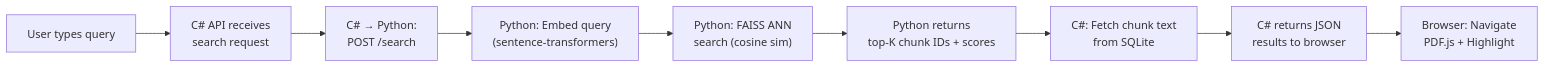
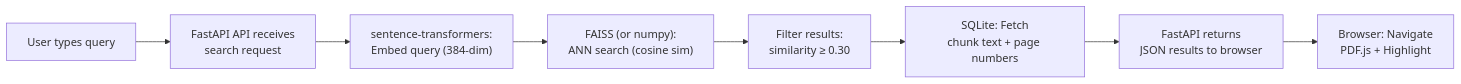
Before and after one commit to Ethan-da-Tech-Wizard/Quick_Guide: the third of 4 diagrams in docs/05_architecture.md, drawn with Mermaid. The commit also changed other lines of this file and 5 other files, not shown here.

````diff
--- a/docs/05_architecture.md
+++ b/docs/05_architecture.md
@@ -81,11 +77,10 @@
 ```mermaid
 flowchart LR
-    A["User types query"] --> B["C# API receives<br/>search request"]
-    B --> C["C# → Python:<br/>POST /search"]
-    C --> D["Python: Embed query<br/>(sentence-transformers)"]
-    D --> E["Python: FAISS ANN<br/>search (cosine sim)"]
-    E --> F["Python returns<br/>top-K chunk IDs + scores"]
-    F --> G["C#: Fetch chunk text<br/>from SQLite"]
-    G --> H["C# returns JSON<br/>results to browser"]
-    H --> I["Browser: Navigate<br/>PDF.js + Highlight"]
+    A["User types query"] --> B["FastAPI API receives<br/>search request"]
+    B --> C["sentence-transformers:<br/>Embed query (384-dim)"]
+    C --> D["FAISS (or numpy):<br/>ANN search (cosine sim)"]
+    D --> E["Filter results:<br/>similarity ≥ 0.30"]
+    E --> F["SQLite: Fetch<br/>chunk text + page numbers"]
+    F --> G["FastAPI returns<br/>JSON results to browser"]
+    G --> H["Browser: Navigate<br/>PDF.js + Highlight"]
 ```
````
